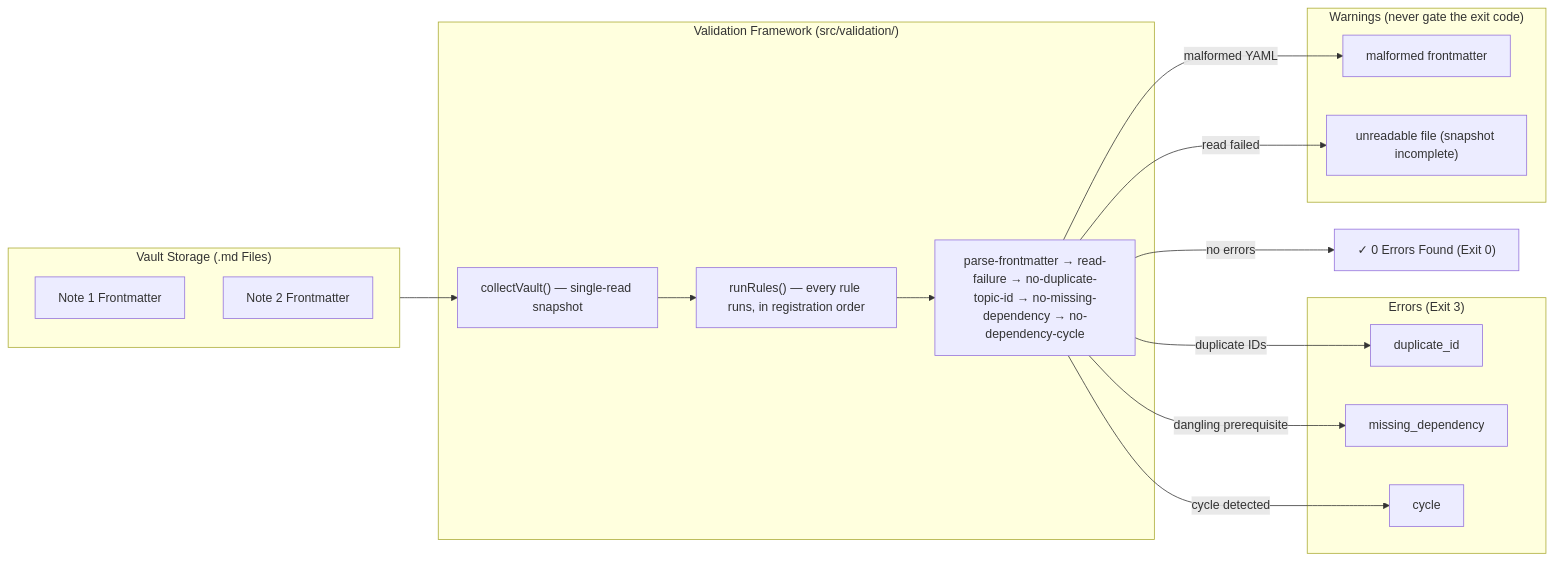
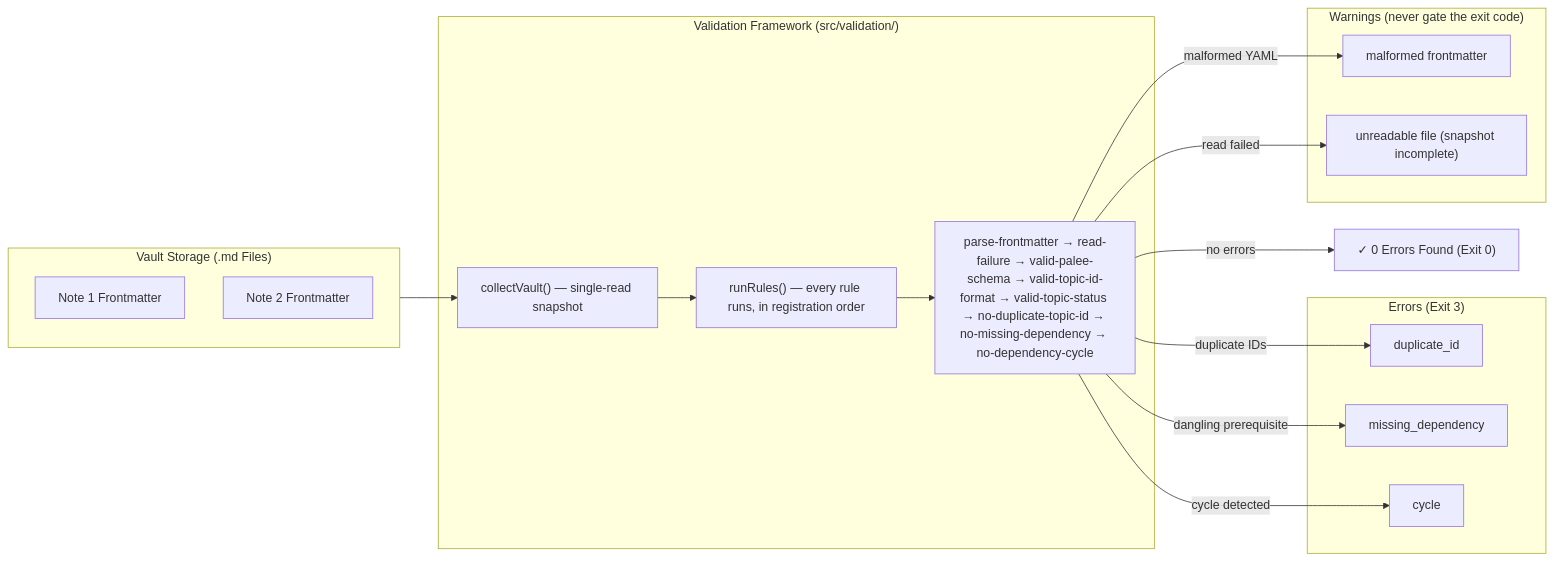
The second of 2 diagrams in docs/02-3-reporting-commands.md (Kuldeep2822k/cli), drawn with Mermaid before and after one commit. The commit also changed other lines of this file and 10 other files, not shown here.

````diff
--- a/docs/02-3-reporting-commands.md
+++ b/docs/02-3-reporting-commands.md
@@ -197,34 +201,34 @@
 ```mermaid
 flowchart LR
     subgraph Storage ["Vault Storage (.md Files)"]
         FM1["Note 1 Frontmatter"]
         FM2["Note 2 Frontmatter"]
     end
     
     subgraph Analyzer ["Validation Framework (src/validation/)"]
         Scan["collectVault() — single-read snapshot"]
         Runner["runRules() — every rule runs, in registration order"]
-        Rules["parse-frontmatter → read-failure → no-duplicate-topic-id → no-missing-dependency → no-dependency-cycle"]
+        Rules["parse-frontmatter → read-failure → valid-palee-schema → valid-topic-id-format → valid-topic-status → no-duplicate-topic-id → no-missing-dependency → no-dependency-cycle"]
     end
     
     subgraph Errors ["Errors (Exit 3)"]
         ErrDup["duplicate_id"]
         ErrMiss["missing_dependency"]
         ErrCyc["cycle"]
     end
 
     subgraph Warnings ["Warnings (never gate the exit code)"]
         WarnParse["malformed frontmatter"]
         WarnRead["unreadable file (snapshot incomplete)"]
     end
     
     Storage --> Scan
     Scan --> Runner
     Runner --> Rules
     Rules -->|"duplicate IDs"| ErrDup
     Rules -->|"dangling prerequisite"| ErrMiss
     Rules -->|"cycle detected"| ErrCyc
     Rules -->|"malformed YAML"| WarnParse
     Rules -->|"read failed"| WarnRead
     Rules -->|"no errors"| Success["✓ 0 Errors Found (Exit 0)"]
 ```
````
